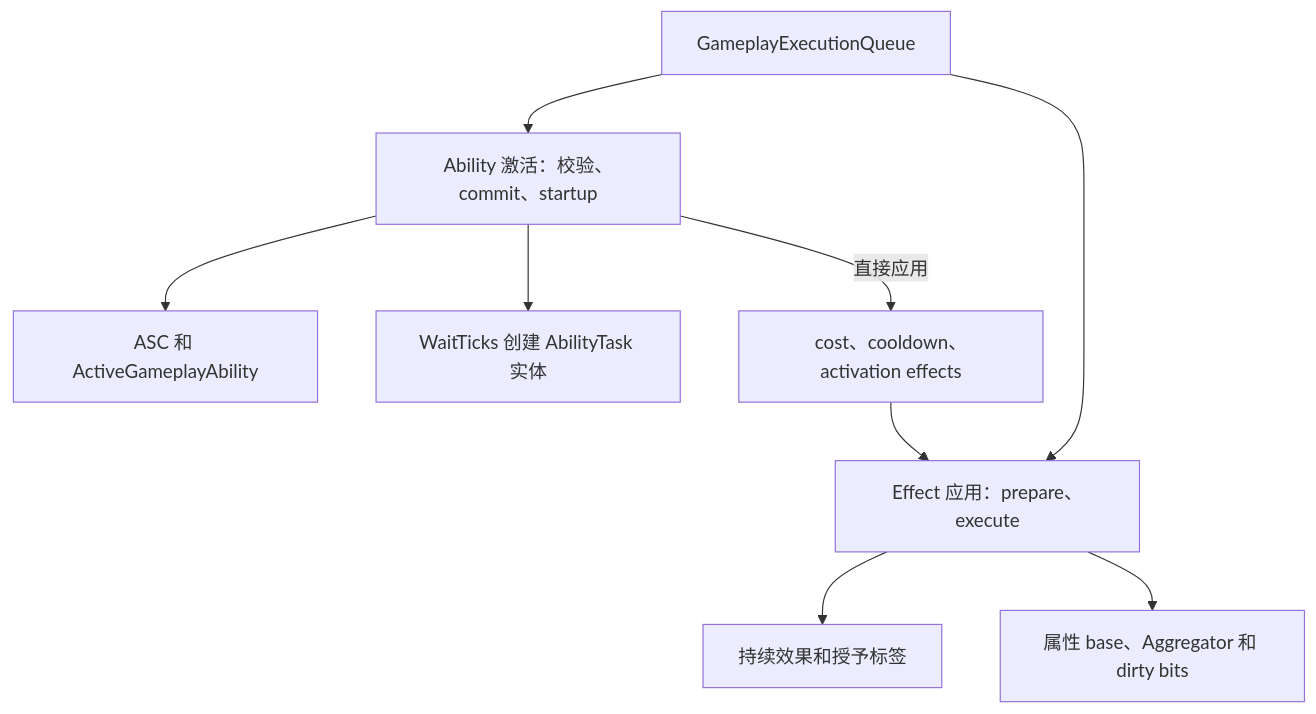
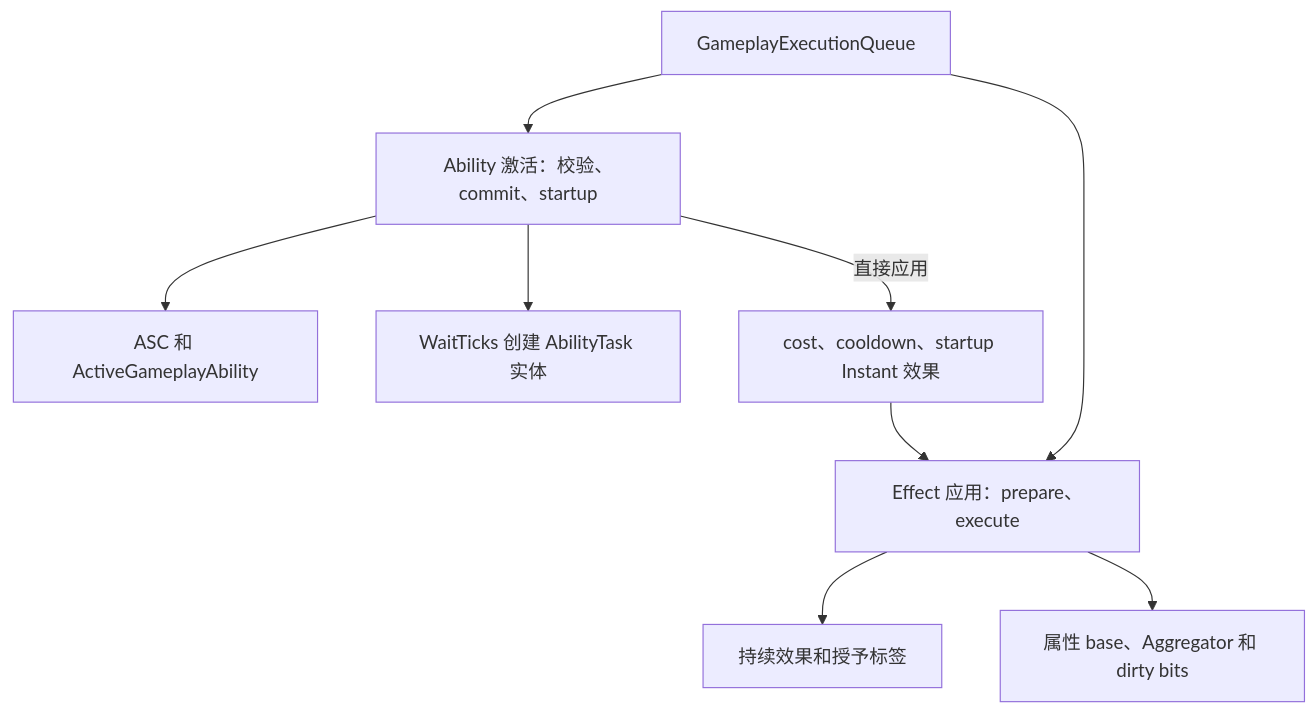
The third of 3 diagrams in .docs/01-overview.md (JiLingXiaoBai/bevy_gas), drawn with Mermaid before and after one commit. The commit also changed other lines of this file and 39 other files, not shown here.

First line of the commit message:
refactor(abilities)!: unify activation behavior through startup tasks

````diff
--- a/.docs/01-overview.md
+++ b/.docs/01-overview.md
@@ -108,20 +108,20 @@
 ```mermaid
 flowchart TB
     Execution["GameplayExecutionQueue"]
     AbilityRuntime["Ability 激活：校验、commit、startup"]
     EffectRuntime["Effect 应用：prepare、execute"]
     AbilityState["ASC 和 ActiveGameplayAbility"]
     WaitTask["WaitTicks 创建 AbilityTask 实体"]
-    AbilityEffects["cost、cooldown、activation effects"]
+    AbilityEffects["cost、cooldown、startup Instant 效果"]
     EffectLifetime["持续效果和授予标签"]
     AttributeState["属性 base、Aggregator 和 dirty bits"]
 
     Execution --> AbilityRuntime
     Execution --> EffectRuntime
     AbilityRuntime --> AbilityState
     AbilityRuntime --> WaitTask
     AbilityRuntime -- "直接应用" --> AbilityEffects
     AbilityEffects --> EffectRuntime
     EffectRuntime --> EffectLifetime
     EffectRuntime --> AttributeState
 ```
````
